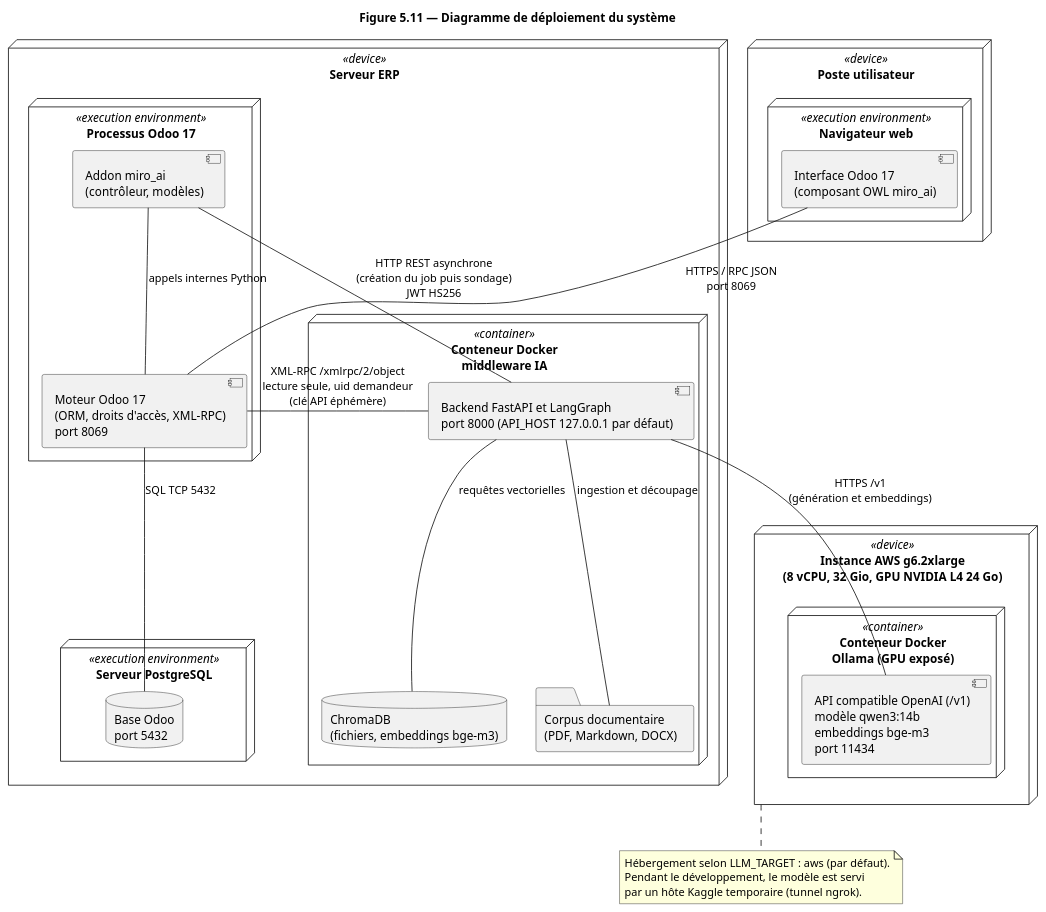
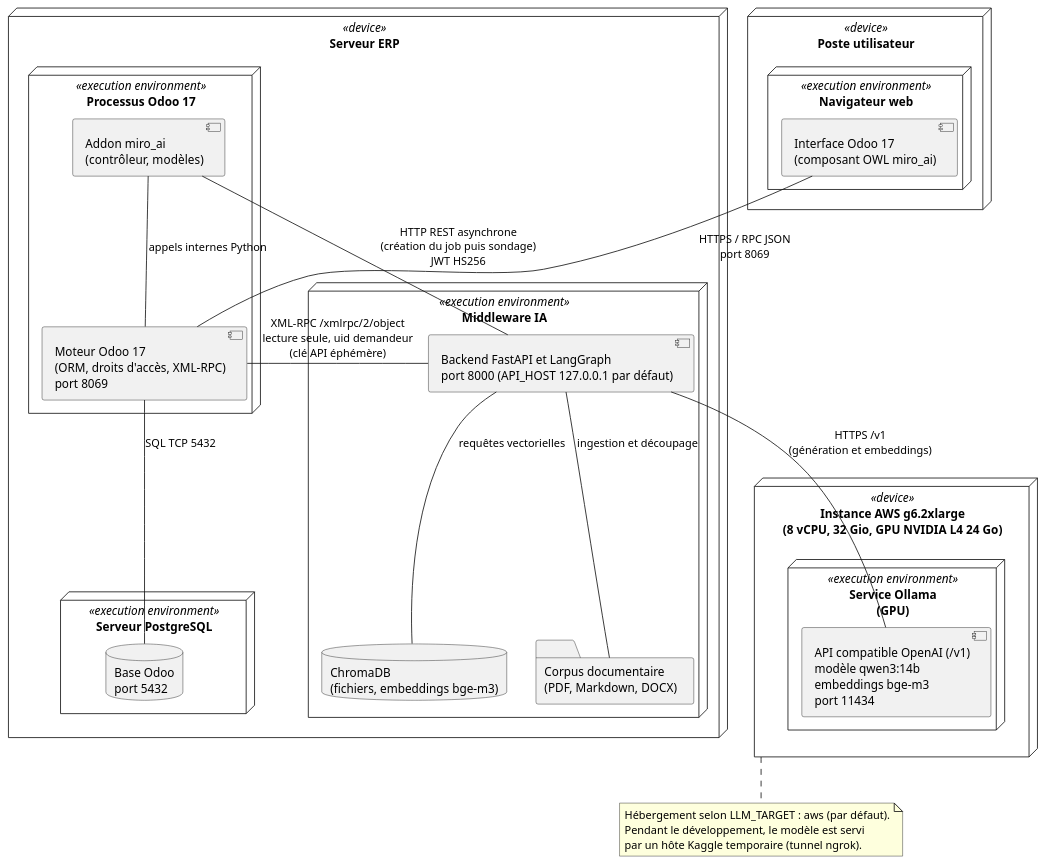
The diagram in todo/diagrammes/5_11_deploiement.puml (katsuki2000/odoo-ia-prototype), drawn with PlantUML before and after one commit. The commit also changed 30 other files, not shown here.

```diff
--- a/todo/diagrammes/5_11_deploiement.puml
+++ b/todo/diagrammes/5_11_deploiement.puml
@@ -1,45 +1,44 @@
 @startuml 5_11_deploiement
-title Figure 5.11 — Diagramme de déploiement du système
 
 node "Poste utilisateur" as Poste <<device>> {
   node "Navigateur web" <<execution environment>> {
     component "Interface Odoo 17\n(composant OWL miro_ai)" as UI
   }
 }
 
 node "Serveur ERP" as Srv <<device>> {
   node "Processus Odoo 17" <<execution environment>> {
     component "Addon miro_ai\n(contrôleur, modèles)" as Addon
     component "Moteur Odoo 17\n(ORM, droits d'accès, XML-RPC)\nport 8069" as Odoo
   }
   node "Serveur PostgreSQL" <<execution environment>> {
     database "Base Odoo\nport 5432" as Pg
   }
-  node "Conteneur Docker\nmiddleware IA" <<container>> {
+  node "Middleware IA" <<execution environment>> {
     component "Backend FastAPI et LangGraph\nport 8000 (API_HOST 127.0.0.1 par défaut)" as Api
     database "ChromaDB\n(fichiers, embeddings bge-m3)" as Chroma
     folder "Corpus documentaire\n(PDF, Markdown, DOCX)" as Docs
   }
 }
 
 node "Instance AWS g6.2xlarge\n(8 vCPU, 32 Gio, GPU NVIDIA L4 24 Go)" as Llm <<device>> {
-  node "Conteneur Docker\nOllama (GPU exposé)" <<container>> {
+  node "Service Ollama\n(GPU)" <<execution environment>> {
     component "API compatible OpenAI (/v1)\nmodèle qwen3:14b\nembeddings bge-m3\nport 11434" as OllamaApi
   }
 }
 
 UI -- Odoo : HTTPS / RPC JSON\nport 8069
 Addon -- Odoo : appels internes Python
 Addon -- Api : HTTP REST asynchrone\n(création du job puis sondage)\nJWT HS256
 Api -- Odoo : XML-RPC /xmlrpc/2/object\nlecture seule, uid demandeur\n(clé API éphémère)
 Odoo -- Pg : SQL TCP 5432
 Api -- Chroma : requêtes vectorielles
 Api -- Docs : ingestion et découpage
 Api -- OllamaApi : HTTPS /v1\n(génération et embeddings)
 
 note bottom of Llm
   Hébergement selon LLM_TARGET : aws (par défaut).
   Pendant le développement, le modèle est servi
   par un hôte Kaggle temporaire (tunnel ngrok).
 end note
 @enduml
```
